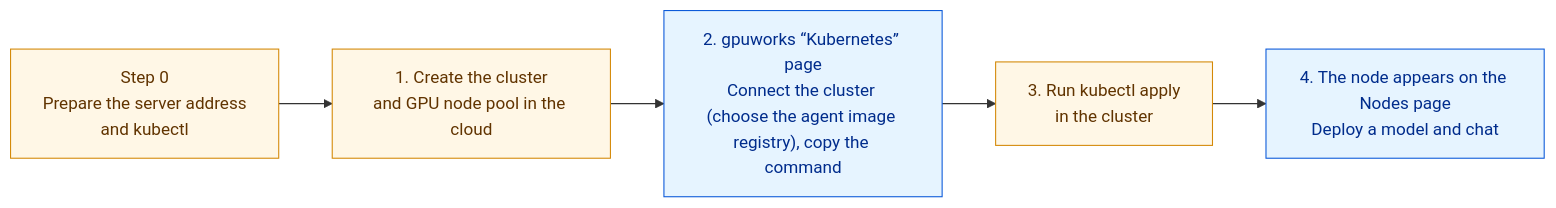
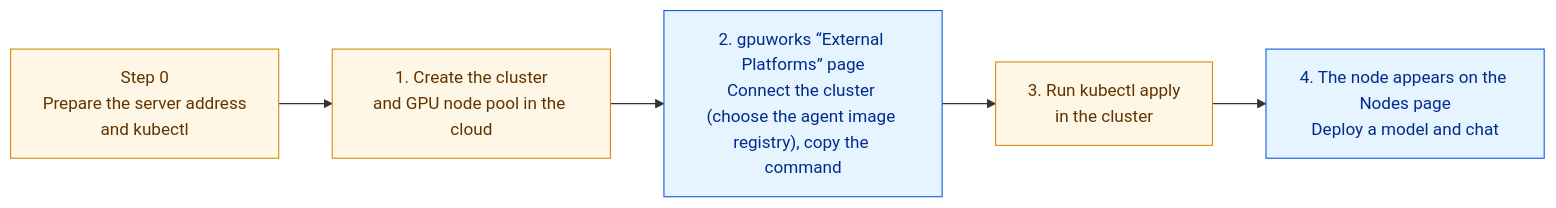
One commit to flitai-io/gpuworks changed the first of 3 diagrams in docs-en/how-to/connect-managed-kubernetes.md. Above: the diagram before and after it, drawn with Mermaid. The commit also changed other lines of this file and 15 other files, not shown here.

First line of the commit message:
Describe the External Platforms page as it is now, in Chinese and English

````diff
--- a/docs-en/how-to/connect-managed-kubernetes.md
+++ b/docs-en/how-to/connect-managed-kubernetes.md
@@ -19,13 +19,13 @@
 ```mermaid
 flowchart LR
   p0["Step 0<br/>Prepare the server address<br/>and kubectl"]
   c1["1. Create the cluster<br/>and GPU node pool in the cloud"]
-  g2["2. gpuworks “Kubernetes” page<br/>Connect the cluster (choose the agent image registry), copy the command"]
+  g2["2. gpuworks “External Platforms” page<br/>Connect the cluster (choose the agent image registry), copy the command"]
   a3["3. Run kubectl apply<br/>in the cluster"]
   n4["4. The node appears on the Nodes page<br/>Deploy a model and chat"]
   p0 --> c1 --> g2 --> a3 --> n4
   classDef cloud fill:#fff7e6,stroke:#d48806,color:#613400
   classDef gw fill:#e6f4ff,stroke:#0958d9,color:#002c8c
   class p0,c1,a3 cloud
   class g2,n4 gw
 ```
````
